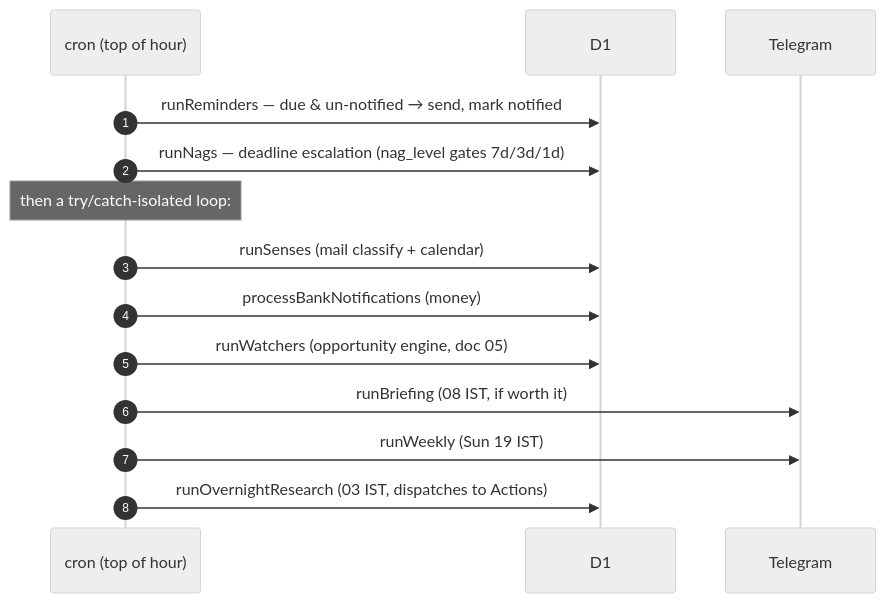
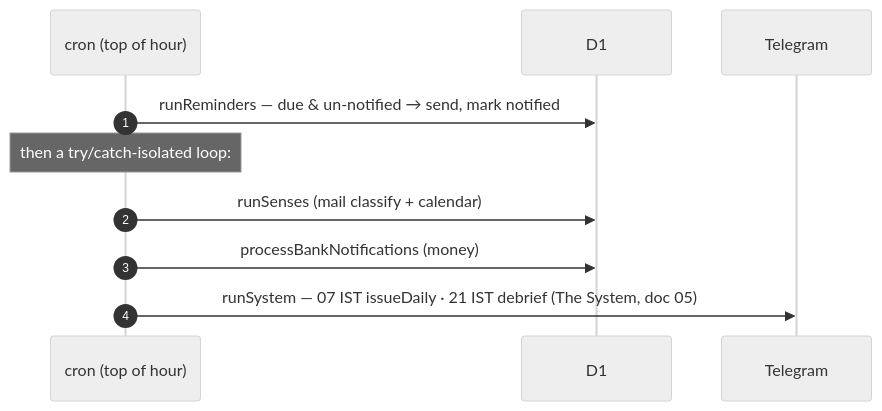
The second of 5 diagrams in docs/08-api-and-ops.md (saquibjawedbit/grabber), drawn with Mermaid (neutral theme) before and after one commit. The commit also changed other lines of this file and 25 other files, not shown here.

````diff
--- a/docs/08-api-and-ops.md
+++ b/docs/08-api-and-ops.md
@@ -77,16 +76,12 @@
 ```mermaid
 sequenceDiagram
   autonumber
   participant C as cron (top of hour)
   participant DB as D1
   participant TG as Telegram
   C->>DB: runReminders — due & un-notified → send, mark notified
-  C->>DB: runNags — deadline escalation (nag_level gates 7d/3d/1d)
   Note over C: then a try/catch-isolated loop:
   C->>DB: runSenses (mail classify + calendar)
   C->>DB: processBankNotifications (money)
-  C->>DB: runWatchers (opportunity engine, doc 05)
-  C->>TG: runBriefing (08 IST, if worth it)
-  C->>TG: runWeekly (Sun 19 IST)
-  C->>DB: runOvernightResearch (03 IST, dispatches to Actions)
+  C->>TG: runSystem — 07 IST issueDaily · 21 IST debrief (The System, doc 05)
 ```
````
